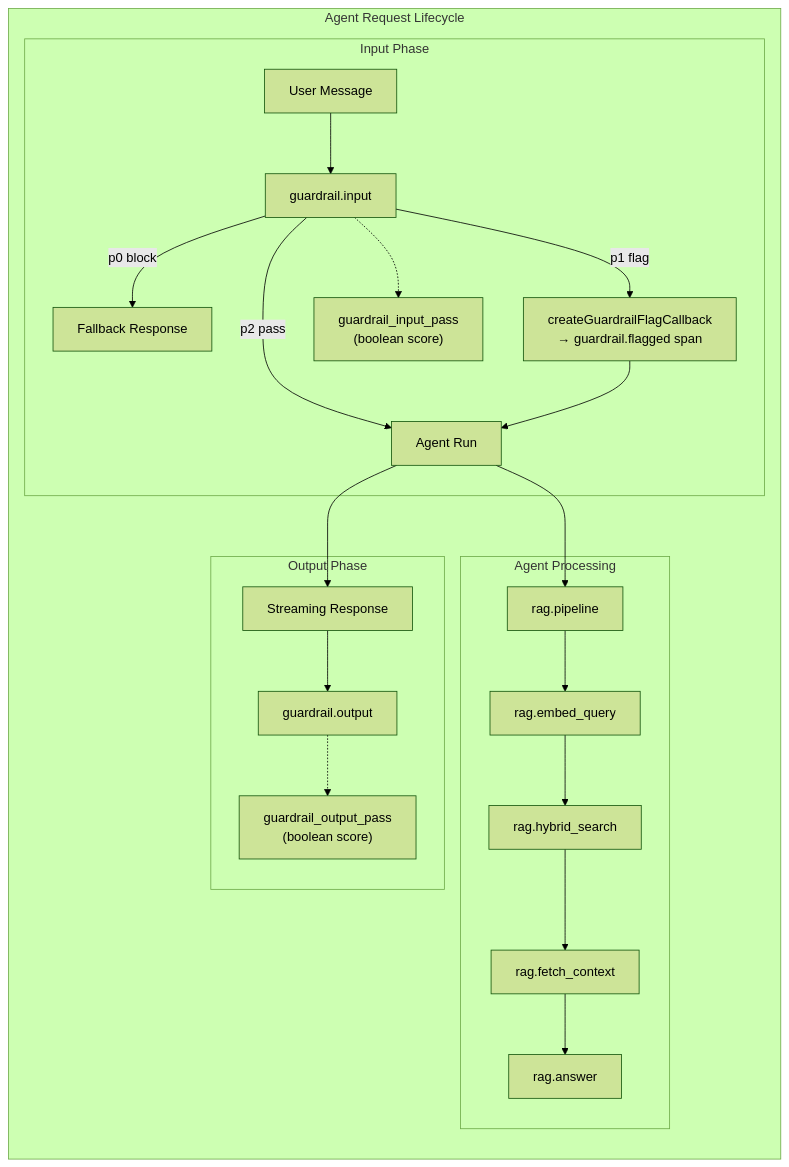
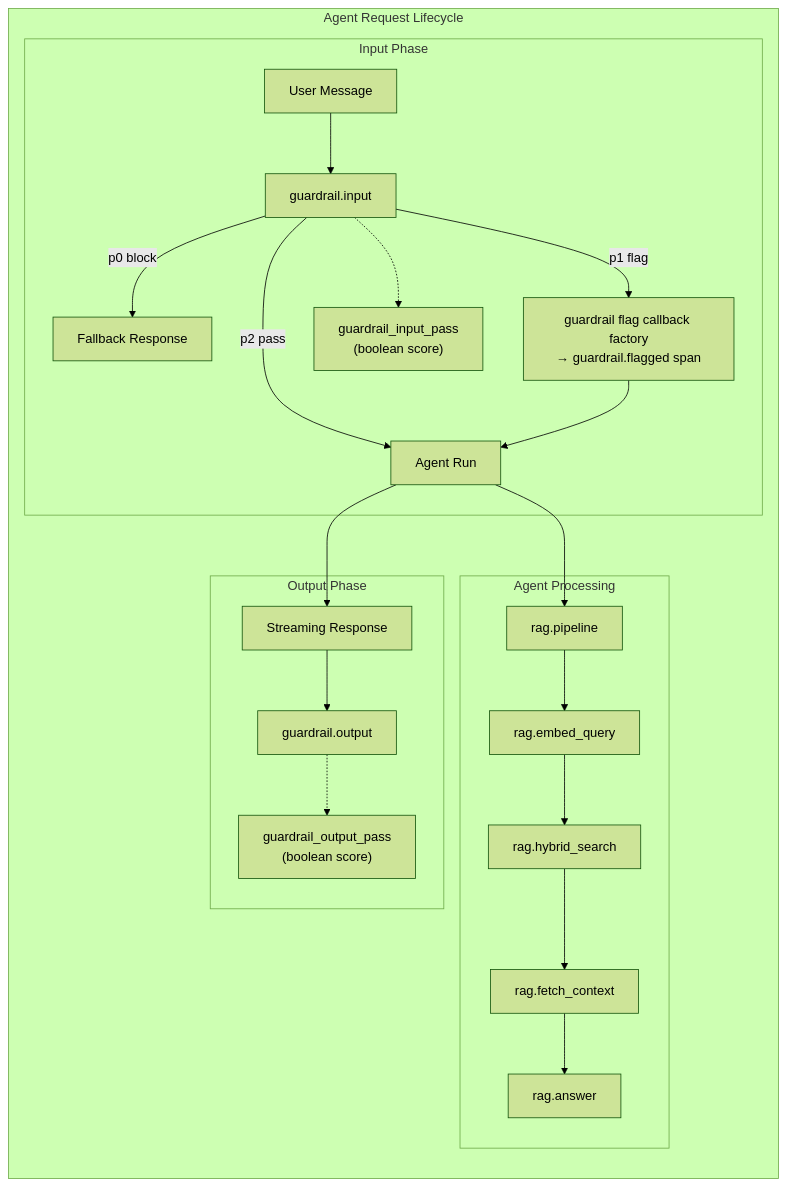
One commit to 1qh/safeagent changed the fifth of 14 diagrams in plan/14-observability.md. Above: the diagram before and after it, drawn with Mermaid (forest theme). The commit also changed other lines of this file and 18 other files, not shown here.

````diff
--- a/plan/14-observability.md
+++ b/plan/14-observability.md
@@ -259,35 +259,35 @@
 ```mermaid
 graph TB
     subgraph REQUEST["Agent Request Lifecycle"]
         direction TB
         subgraph INPUT_PHASE["Input Phase"]
             INPUT["User Message"]
             GI["guardrail.input"]
             GI_SCORE["guardrail_input_pass\n(boolean score)"]
             INPUT --> GI
             GI -->|"p2 pass"| AGENT_RUN
             GI -->|"p0 block"| BLOCKED["Fallback Response"]
-            GI -->|"p1 flag"| FLAG_CB["createGuardrailFlagCallback\n→ guardrail.flagged span"]
+            GI -->|"p1 flag"| FLAG_CB["guardrail flag callback factory\n→ guardrail.flagged span"]
             GI -.-> GI_SCORE
             FLAG_CB --> AGENT_RUN
         end
         subgraph PROCESSING["Agent Processing"]
             AGENT_RUN["Agent Run"]
             RAG_P["rag.pipeline"]
             RAG_E["rag.embed_query"]
             RAG_H["rag.hybrid_search"]
             RAG_F["rag.fetch_context"]
             RAG_A["rag.answer"]
             AGENT_RUN --> RAG_P
             RAG_P --> RAG_E --> RAG_H --> RAG_F --> RAG_A
         end
         subgraph OUTPUT_PHASE["Output Phase"]
             STREAM["Streaming Response"]
             GO["guardrail.output"]
             GO_SCORE["guardrail_output_pass\n(boolean score)"]
             AGENT_RUN --> STREAM
             STREAM --> GO
             GO -.-> GO_SCORE
         end
     end
 ```
````
